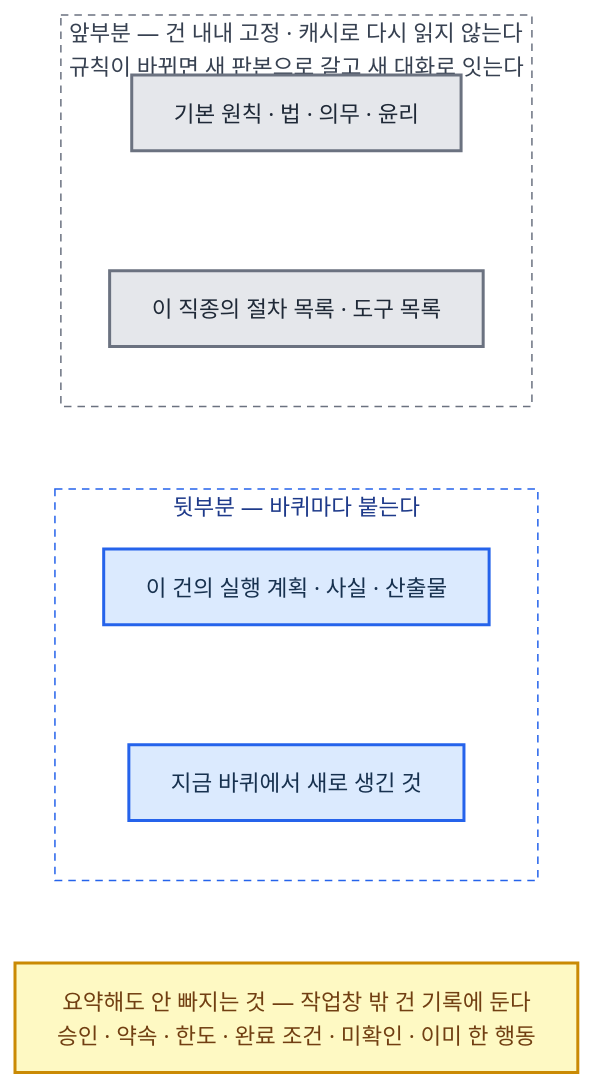
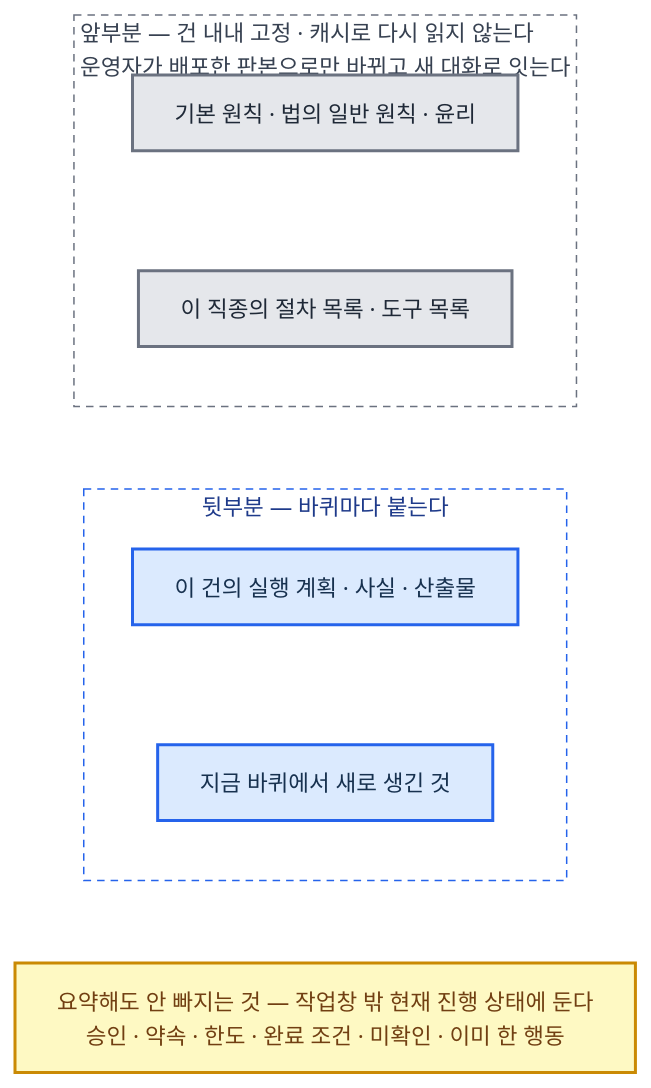
The third of 27 diagrams in 전문가 에이전트 정의 2.md (harisbaguette/expert), drawn with Mermaid before and after one commit. The commit also changed other lines of this file, not shown here.

````diff
--- a/전문가 에이전트 정의 2.md
+++ b/전문가 에이전트 정의 2.md
@@ -559,24 +559,24 @@
 ```mermaid
 %%{init: {"flowchart": {"wrappingWidth": 640, "curve": "basis", "nodeSpacing": 45, "rankSpacing": 55, "padding": 14, "useMaxWidth": true}, "themeVariables": {"fontSize": "15px"}} }%%
 flowchart TB
-    subgraph FIX["앞부분 — 건 내내 고정 · 캐시로 다시 읽지 않는다<br/>규칙이 바뀌면 새 판본으로 갈고 새 대화로 잇는다"]
+    subgraph FIX["앞부분 — 건 내내 고정 · 캐시로 다시 읽지 않는다<br/>운영자가 배포한 판본으로만 바뀌고 새 대화로 잇는다"]
         direction TB
-        B1["기본 원칙 · 법 · 의무 · 윤리"]:::store
+        B1["기본 원칙 · 법의 일반 원칙 · 윤리"]:::store
         B2["이 직종의 절차 목록 · 도구 목록"]:::store
         B1 ~~~ B2
     end
     subgraph VAR["뒷부분 — 바퀴마다 붙는다"]
         direction TB
         B3["이 건의 실행 계획 · 사실 · 산출물"]:::main
         B4["지금 바퀴에서 새로 생긴 것"]:::main
         B3 ~~~ B4
     end
-    KEEP["요약해도 안 빠지는 것 — 작업창 밖 건 기록에 둔다<br/>승인 · 약속 · 한도 · 완료 조건 · 미확인 · 이미 한 행동"]:::note
+    KEEP["요약해도 안 빠지는 것 — 작업창 밖 현재 진행 상태에 둔다<br/>승인 · 약속 · 한도 · 완료 조건 · 미확인 · 이미 한 행동"]:::note
     FIX ~~~ VAR
     VAR ~~~ KEEP
     classDef store fill:#e5e7eb,stroke:#6b7280,stroke-width:2px,color:#1f2937
     classDef main fill:#dbeafe,stroke:#2563eb,stroke-width:2px,color:#17314f
     classDef note fill:#fef9c3,stroke:#ca8a04,stroke-width:2px,color:#713f12
     style FIX fill:none,stroke:#6b7280,stroke-width:1px,stroke-dasharray:5 4,color:#374151
     style VAR fill:none,stroke:#2563eb,stroke-width:1px,stroke-dasharray:5 4,color:#1e3a8a
 ```
````
